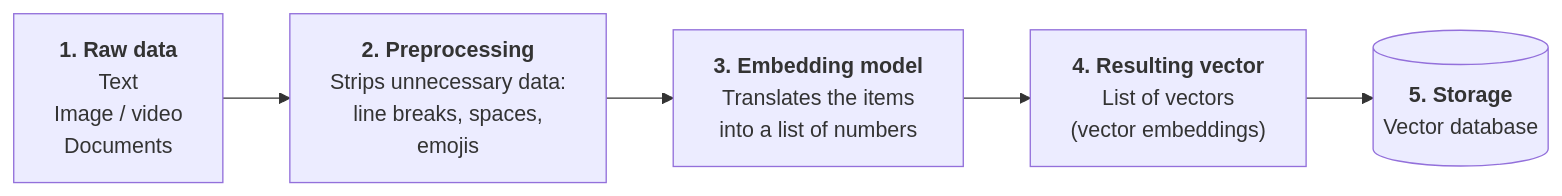
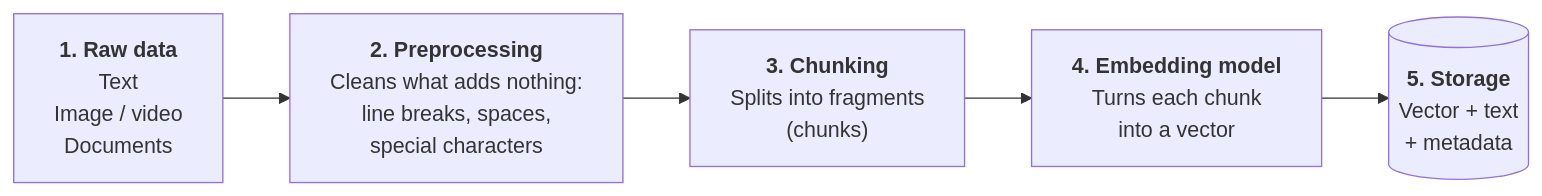
One commit to jcontrerasm/jcontrerasm.github.io changed the fourth of 7 diagrams in src/content/blog/en/que-es-rag.md. Above: the diagram before and after it, drawn with Mermaid. The commit also changed other lines of this file and 21 other files, not shown here.

````diff
--- a/src/content/blog/en/que-es-rag.md
+++ b/src/content/blog/en/que-es-rag.md
@@ -76,9 +120,9 @@
 ```mermaid
 flowchart LR
     A["<b>1. Raw data</b><br/>Text<br/>Image / video<br/>Documents"]
-    B["<b>2. Preprocessing</b><br/>Strips unnecessary data:<br/>line breaks, spaces,<br/>emojis"]
-    C["<b>3. Embedding model</b><br/>Translates the items<br/>into a list of numbers"]
-    D["<b>4. Resulting vector</b><br/>List of vectors<br/>(vector embeddings)"]
-    E[("<b>5. Storage</b><br/>Vector database")]
+    B["<b>2. Preprocessing</b><br/>Cleans what adds nothing:<br/>line breaks, spaces,<br/>special characters"]
+    C["<b>3. Chunking</b><br/>Splits into fragments<br/>(chunks)"]
+    D["<b>4. Embedding model</b><br/>Turns each chunk<br/>into a vector"]
+    E[("<b>5. Storage</b><br/>Vector + text<br/>+ metadata")]
     A --> B --> C --> D --> E
 ```
````
